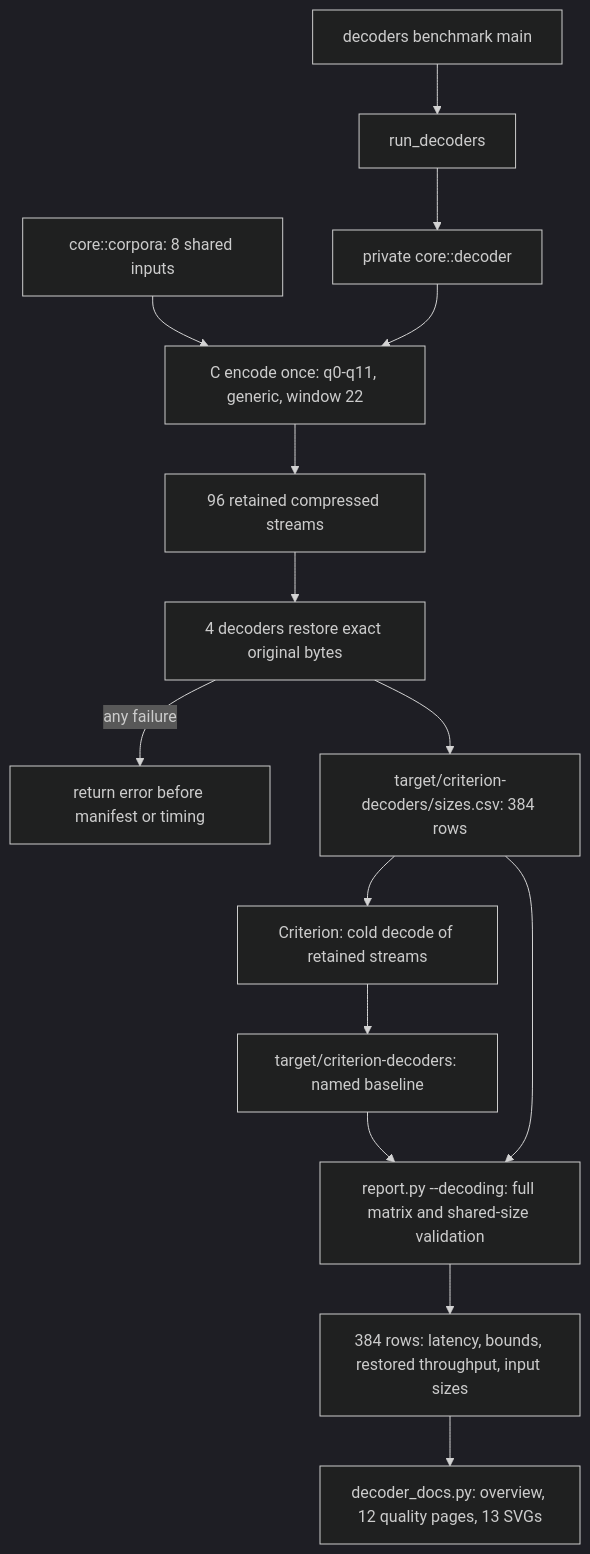
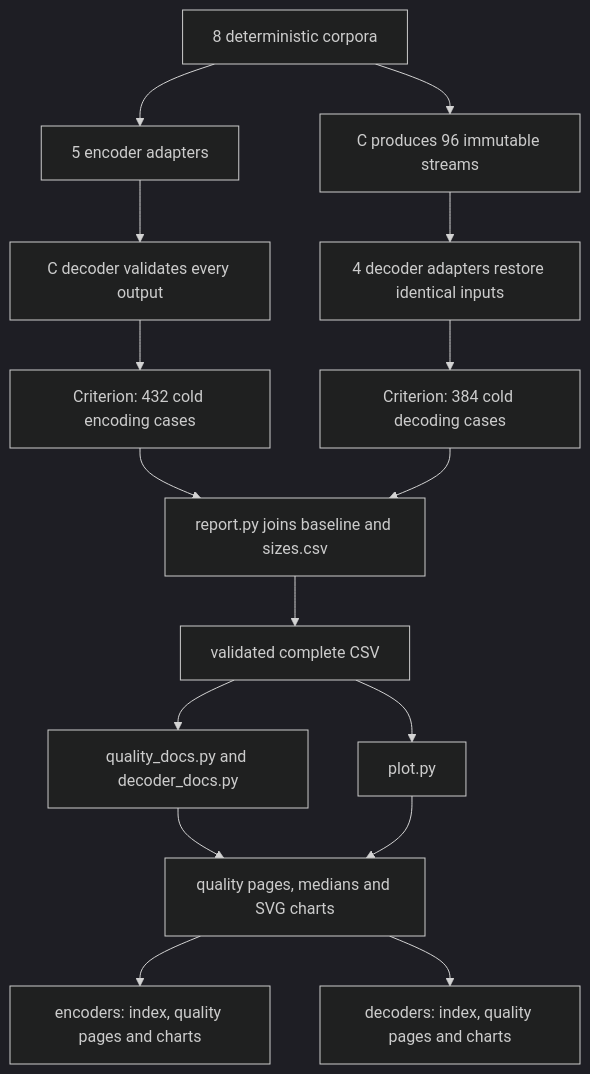
The diagram in architecture/benchmark-comparison.md (Mnwa/mbrotli), drawn with Mermaid (dark theme) before and after one commit. The commit also changed other lines of this file and 172 other files, not shown here.

````diff
--- a/architecture/benchmark-comparison.md
+++ b/architecture/benchmark-comparison.md
@@ -148,17 +8,18 @@
 ```mermaid
 flowchart TD
-    Main[decoders benchmark main] --> Public[run_decoders]
-    Public --> Core[private core::decoder]
-    Corpora[core::corpora: 8 shared inputs] --> Prepare
-    Core --> Prepare[C encode once: q0-q11, generic, window 22]
-    Prepare --> Streams[96 retained compressed streams]
-    Streams --> Validate[4 decoders restore exact original bytes]
-    Validate -->|any failure| Abort[return error before manifest or timing]
-    Validate --> Manifest[target/criterion-decoders/sizes.csv: 384 rows]
-    Manifest --> Timing[Criterion: cold decode of retained streams]
-    Timing --> Results[target/criterion-decoders: named baseline]
-    Results --> Export[report.py --decoding: full matrix and shared-size validation]
-    Manifest --> Export
-    Export --> CSV[384 rows: latency, bounds, restored throughput, input sizes]
-    CSV --> Docs[decoder_docs.py: overview, 12 quality pages, 13 SVGs]
+    Corpus[8 deterministic corpora] --> Encode[5 encoder adapters]
+    Encode --> Validate[C decoder validates every output]
+    Corpus --> Prepare[C produces 96 immutable streams]
+    Prepare --> Decode[4 decoder adapters restore identical inputs]
+    Validate --> EncTimer[Criterion: 432 cold encoding cases]
+    Decode --> DecTimer[Criterion: 384 cold decoding cases]
+    EncTimer --> Export[report.py joins baseline and sizes.csv]
+    DecTimer --> Export
+    Export --> CSV[validated complete CSV]
+    CSV --> Docs[quality_docs.py and decoder_docs.py]
+    CSV --> Plot[plot.py]
+    Docs --> Pages[quality pages, medians and SVG charts]
+    Plot --> Pages
+    Pages --> EncoderDocs[encoders: index, quality pages and charts]
+    Pages --> DecoderDocs[decoders: index, quality pages and charts]
 ```
````
